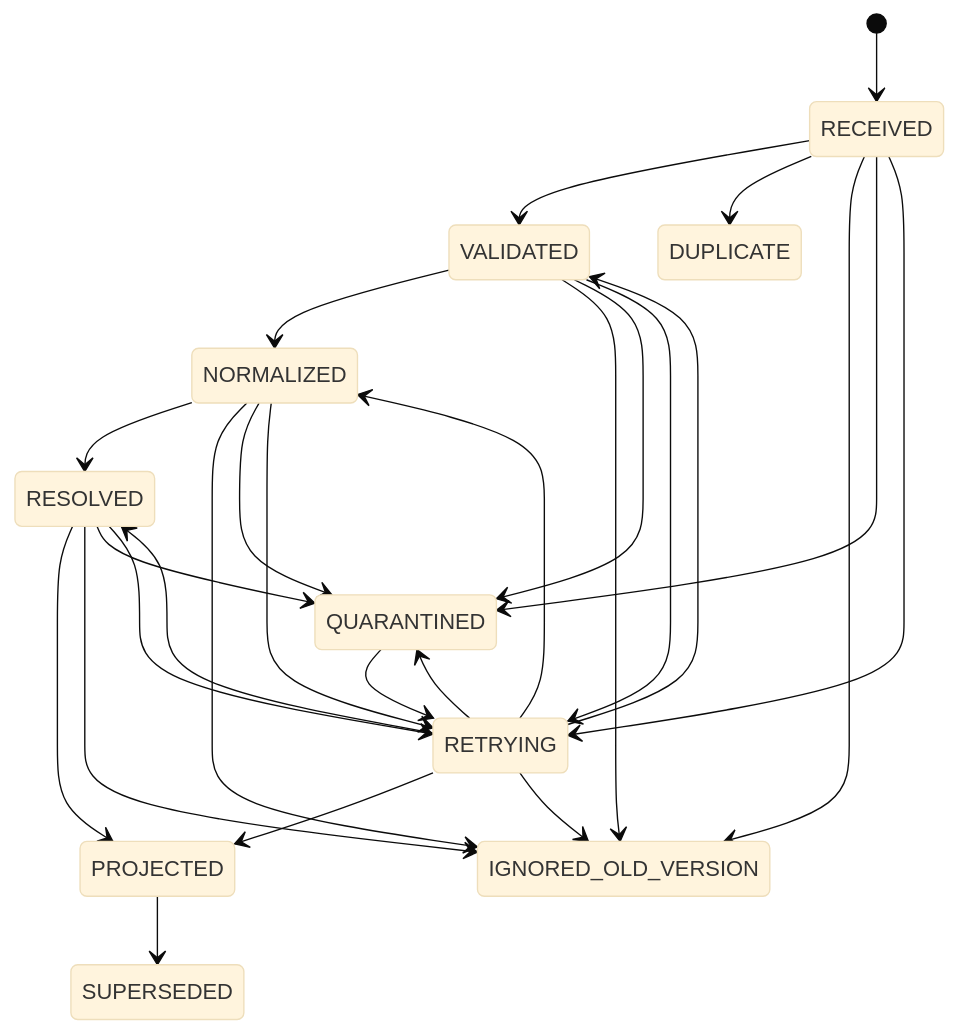
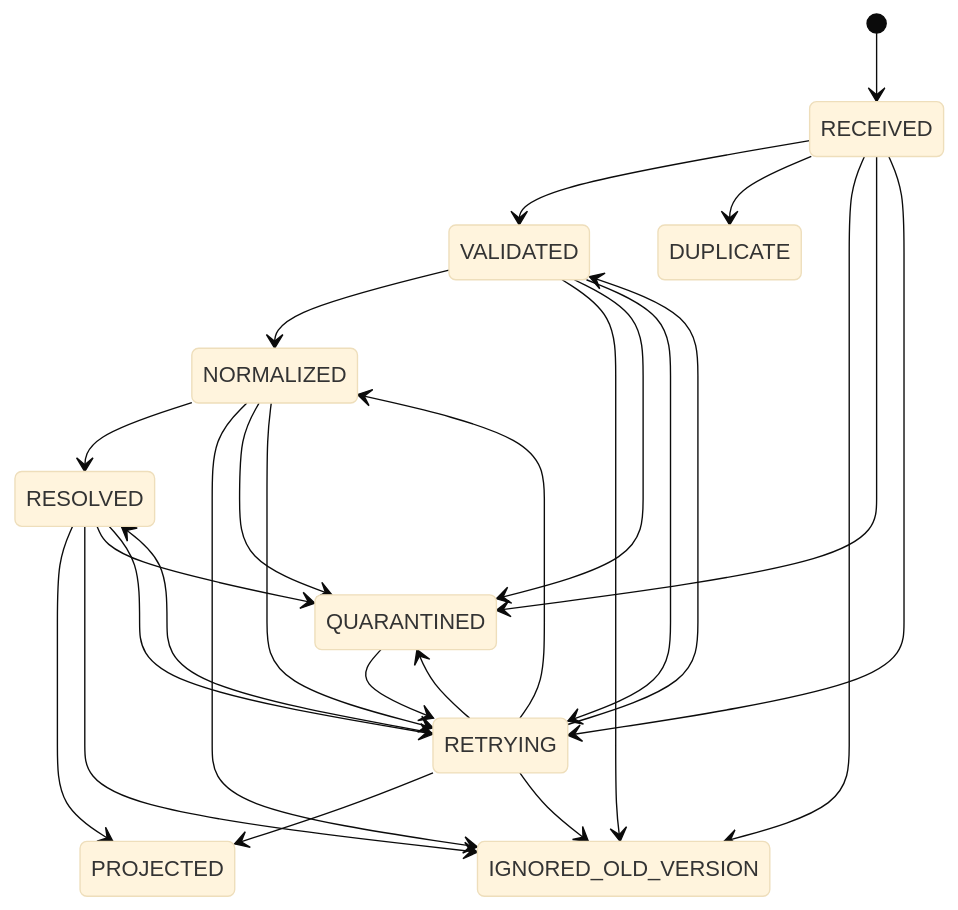
One commit to Unlocker/architecture-rag changed the third of 3 diagrams in docs/02-data-model.md. Above: the diagram before and after it, drawn with Mermaid (base theme). The commit also changed other lines of this file and 55 other files, not shown here.

````diff
--- a/docs/02-data-model.md
+++ b/docs/02-data-model.md
@@ -243,29 +243,28 @@
 ```mermaid
 stateDiagram-v2
     [*] --> RECEIVED
     RECEIVED --> VALIDATED
     VALIDATED --> NORMALIZED
     NORMALIZED --> RESOLVED
     RESOLVED --> PROJECTED
-    PROJECTED --> SUPERSEDED
     RECEIVED --> DUPLICATE
     RECEIVED --> IGNORED_OLD_VERSION
     VALIDATED --> IGNORED_OLD_VERSION
     NORMALIZED --> IGNORED_OLD_VERSION
     RESOLVED --> IGNORED_OLD_VERSION
     RECEIVED --> QUARANTINED
     VALIDATED --> QUARANTINED
     NORMALIZED --> QUARANTINED
     RESOLVED --> QUARANTINED
     RECEIVED --> RETRYING
     VALIDATED --> RETRYING
     NORMALIZED --> RETRYING
     RESOLVED --> RETRYING
     RETRYING --> VALIDATED
     RETRYING --> NORMALIZED
     RETRYING --> RESOLVED
     RETRYING --> PROJECTED
     RETRYING --> QUARANTINED
     RETRYING --> IGNORED_OLD_VERSION
     QUARANTINED --> RETRYING
 ```
````
